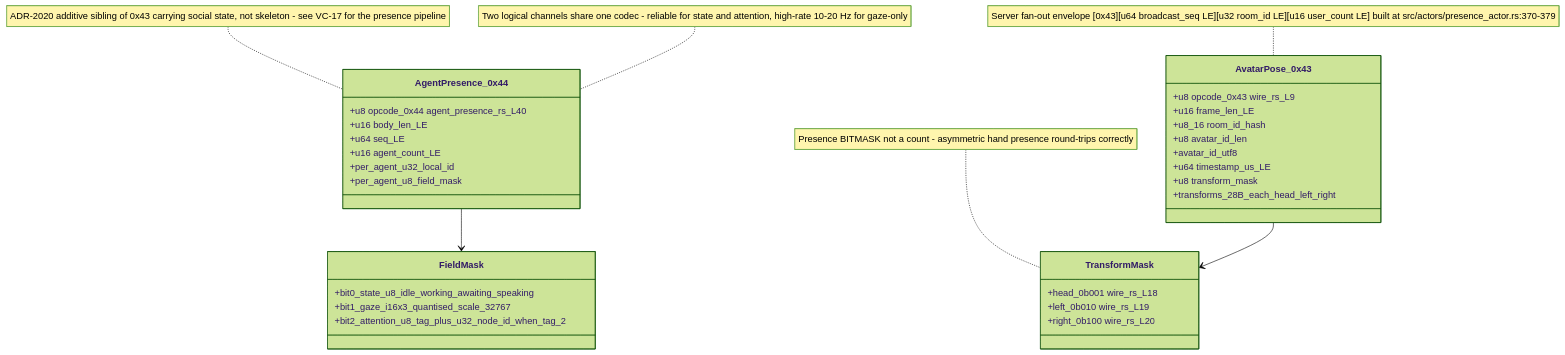
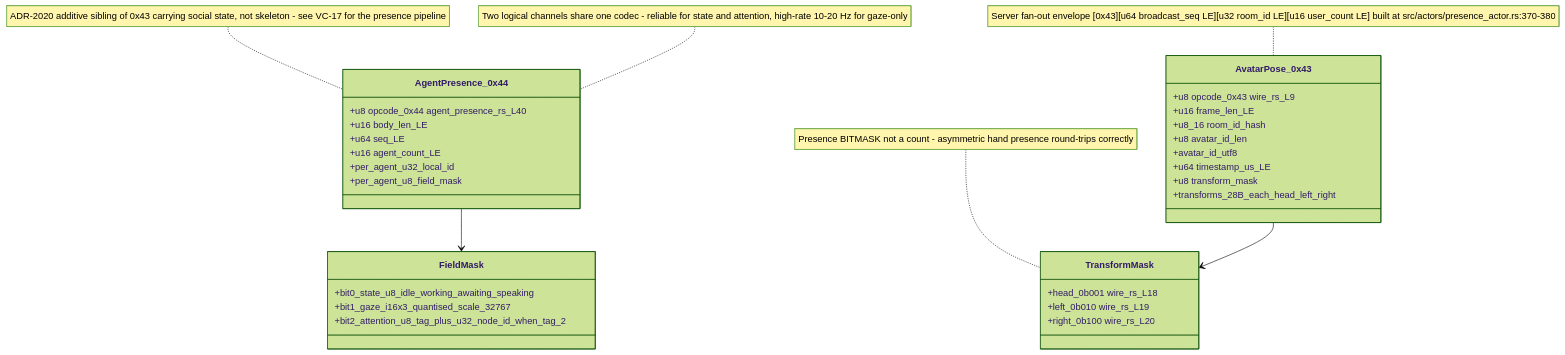
Before and after one commit to DreamLab-AI/VisionFlow: the ninth of 10 diagrams in docs/diagrams/visionclaw/14-wire-frames-and-tag-registry.md, drawn with Mermaid (forest theme). The commit also changed other lines of this file and 160 other files, not shown here.

````diff
--- a/docs/diagrams/visionclaw/14-wire-frames-and-tag-registry.md
+++ b/docs/diagrams/visionclaw/14-wire-frames-and-tag-registry.md
@@ -349,38 +369,38 @@
 ```mermaid
 classDiagram
     class AvatarPose_0x43 {
         +u8 opcode_0x43 wire_rs_L9
         +u16 frame_len_LE
         +u8_16 room_id_hash
         +u8 avatar_id_len
         +avatar_id_utf8
         +u64 timestamp_us_LE
         +u8 transform_mask
         +transforms_28B_each_head_left_right
     }
     class TransformMask {
         +head_0b001 wire_rs_L18
         +left_0b010 wire_rs_L19
         +right_0b100 wire_rs_L20
     }
     class AgentPresence_0x44 {
         +u8 opcode_0x44 agent_presence_rs_L40
         +u16 body_len_LE
         +u64 seq_LE
         +u16 agent_count_LE
         +per_agent_u32_local_id
         +per_agent_u8_field_mask
     }
     class FieldMask {
         +bit0_state_u8_idle_working_awaiting_speaking
         +bit1_gaze_i16x3_quantised_scale_32767
         +bit2_attention_u8_tag_plus_u32_node_id_when_tag_2
     }
     AvatarPose_0x43 --> TransformMask
     AgentPresence_0x44 --> FieldMask
 
     note for TransformMask "Presence BITMASK not a count - asymmetric hand presence round-trips correctly"
     note for AgentPresence_0x44 "ADR-2020 additive sibling of 0x43 carrying social state, not skeleton - see VC-17 for the presence pipeline"
     note for AgentPresence_0x44 "Two logical channels share one codec - reliable for state and attention, high-rate 10-20 Hz for gaze-only"
-    note for AvatarPose_0x43 "Server fan-out envelope [0x43][u64 broadcast_seq LE][u32 room_id LE][u16 user_count LE] built at src/actors/presence_actor.rs:370-379"
+    note for AvatarPose_0x43 "Server fan-out envelope [0x43][u64 broadcast_seq LE][u32 room_id LE][u16 user_count LE] built at src/actors/presence_actor.rs:370-380"
 ```
````
